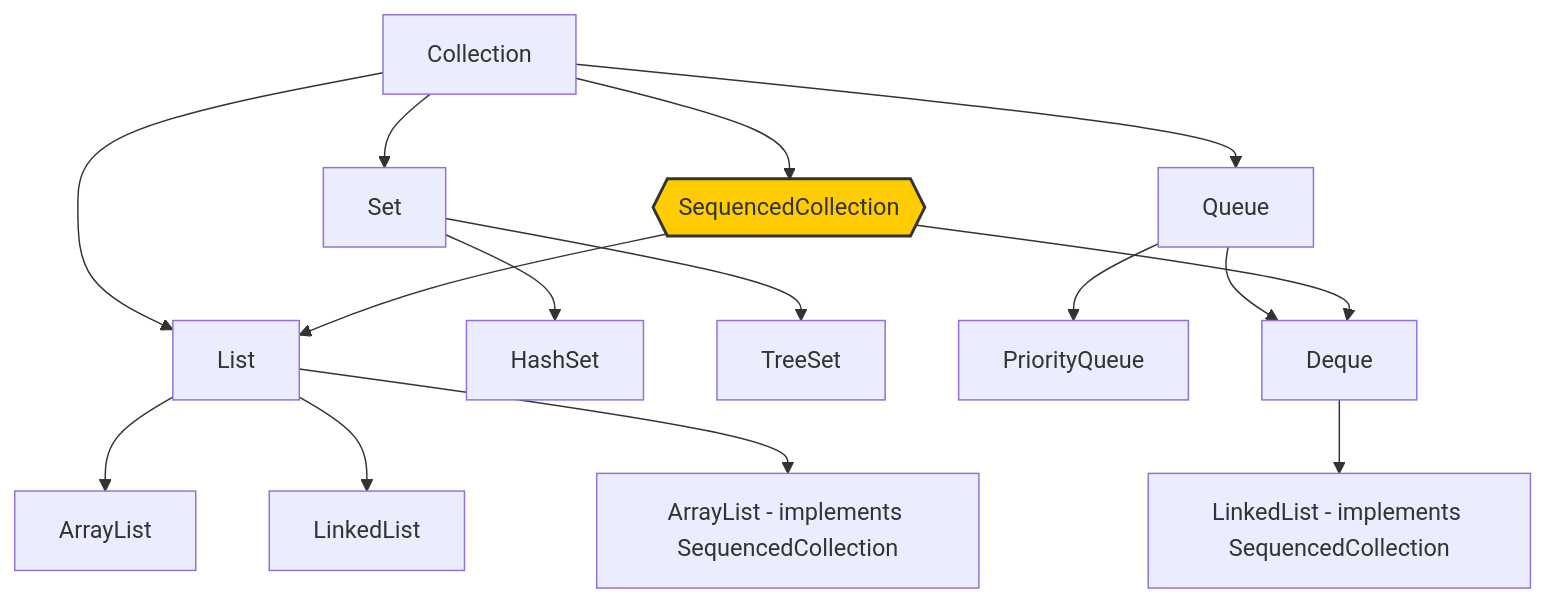
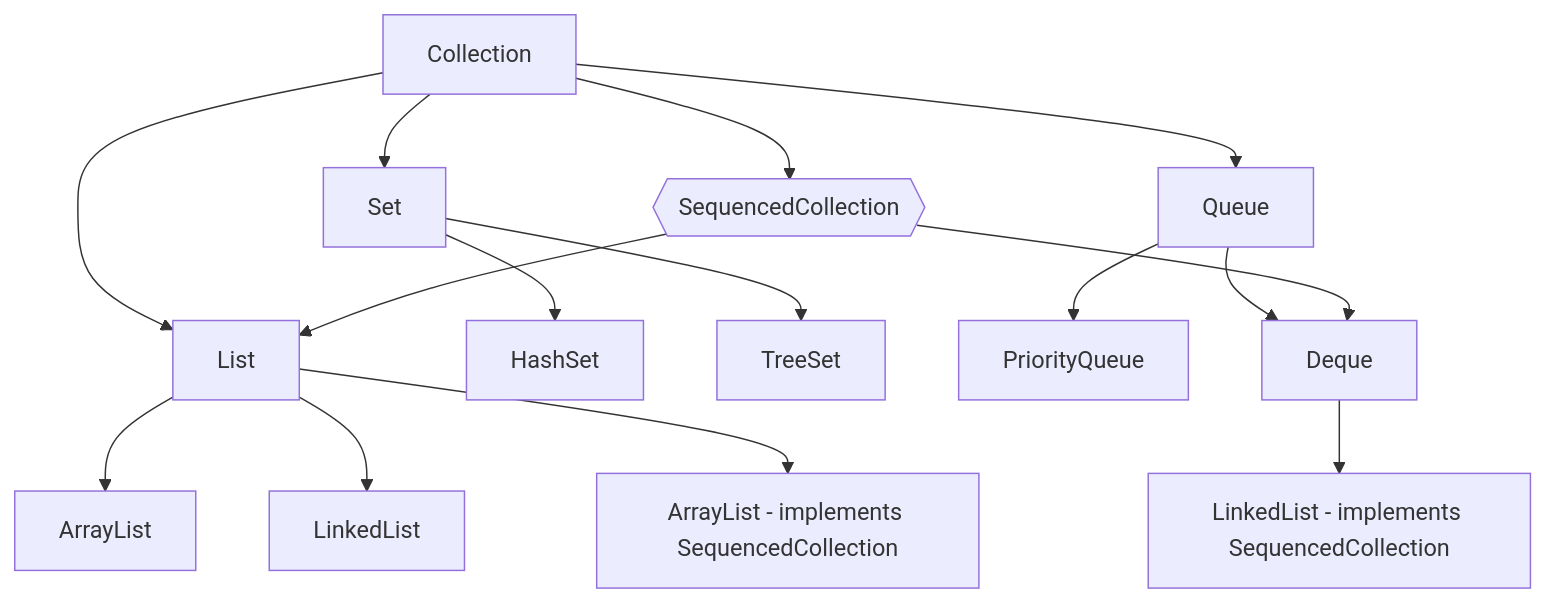
The second of 2 diagrams in content/java-enterprise/5-New-Java-21-Features-Every-Developer-Should-Know.md (devproportal/devproportal.com), drawn with Mermaid before and after one commit. The commit also changed other lines of this file, not shown here.

Commit message:
update article title

````diff
--- a/content/java-enterprise/5-New-Java-21-Features-Every-Developer-Should-Know.md
+++ b/content/java-enterprise/5-New-Java-21-Features-Every-Developer-Should-Know.md
@@ -182,25 +182,21 @@
 ```mermaid
 flowchart TD
     A[Collection] --> B[List]
     A --> C[Set]
     A --> D[Queue]
 
     B --> E[ArrayList]
     B --> F[LinkedList]
     C --> G[HashSet]
     C --> H[TreeSet]
     D --> I[PriorityQueue]
     D --> J[Deque]
 
-    %% New Interface：SequencedCollection
     A --> K{{SequencedCollection}}
 
-    %% SequencedCollection 的子接口和实现
     K --> B
     K --> J
     B --> L["ArrayList - implements SequencedCollection"]
     J --> M["LinkedList - implements SequencedCollection"]
 
-    style K fill:#ffcc00,stroke:#333,stroke-width:2px
-
 ```
````
